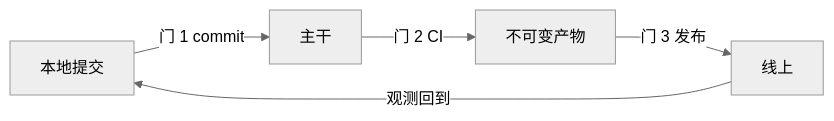
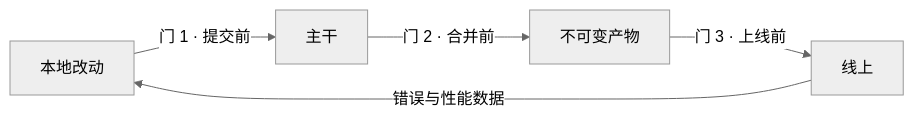
Before and after one commit to pedyc/dg.pedyc: the diagram in content/10-PROJECTS/P-前端工程学习专项/前端工程学习专项.md, drawn with Mermaid (neutral theme). The commit also changed other lines of this file and 13 other files, not shown here.

````diff
--- a/content/10-PROJECTS/P-前端工程学习专项/前端工程学习专项.md
+++ b/content/10-PROJECTS/P-前端工程学习专项/前端工程学习专项.md
@@ -44,7 +55,7 @@
 ```mermaid
 graph LR
-    A[本地提交] -->|门 1 commit| B[主干]
-    B -->|门 2 CI| C[不可变产物]
-    C -->|门 3 发布| D[线上]
-    D -->|观测回到| A
+    A[本地改动] -->|门 1 · 提交前| B[主干]
+    B -->|门 2 · 合并前| C[不可变产物]
+    C -->|门 3 · 上线前| D[线上]
+    D -->|错误与性能数据| A
 ```
````
